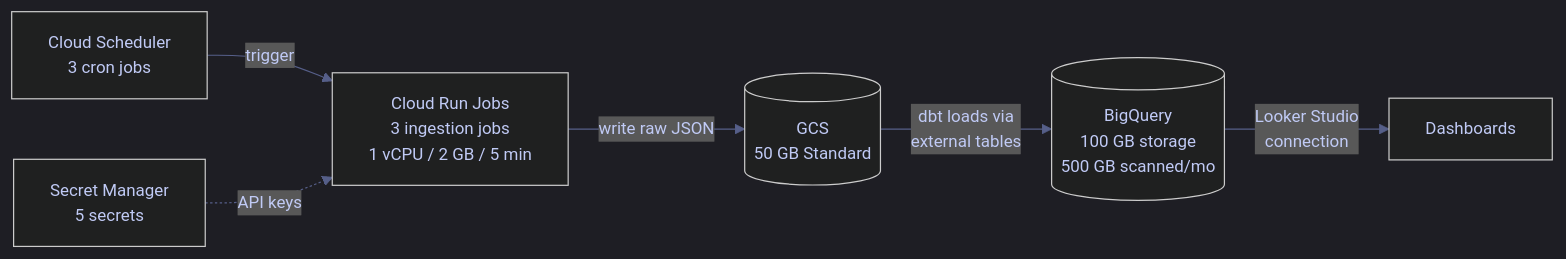
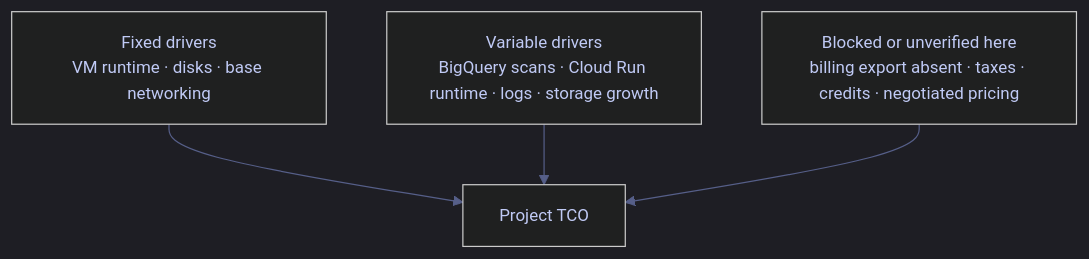
The diagram in content/06-GCP/09-Cost-Management/03-gcp-total-cost-of-ownership.md (alp78/elysium), drawn with Mermaid before and after one commit. The commit also changed other lines of this file and 493 other files, not shown here.

````diff
--- a/content/06-GCP/09-Cost-Management/03-gcp-total-cost-of-ownership.md
+++ b/content/06-GCP/09-Cost-Management/03-gcp-total-cost-of-ownership.md
@@ -197,20 +210,18 @@
 ```mermaid
 %%{init: {'theme': 'dark', 'themeVariables': {
   'primaryColor': '#292e42',
   'primaryTextColor': '#c0caf5',
   'primaryBorderColor': '#565f89',
   'lineColor': '#565f89',
   'secondaryColor': '#1a1b26',
   'tertiaryColor': '#24283b',
   'noteTextColor': '#c0caf5',
   'noteBkgColor': '#292e42',
   'textColor': '#c0caf5',
   'fontSize': '14px'
 }}}%%
-flowchart LR
-    CS[Cloud Scheduler<br>3 cron jobs] -->|trigger| CRJ[Cloud Run Jobs<br>3 ingestion jobs<br>1 vCPU / 2 GB / 5 min]
-    CRJ -->|write raw JSON| GCS[(GCS<br>50 GB Standard)]
-    GCS -->|dbt loads via<br>external tables| BQ[(BigQuery<br>100 GB storage<br>500 GB scanned/mo)]
-    BQ -->|Looker Studio<br>connection| DASH[Dashboards]
-    SM[Secret Manager<br>5 secrets] -.->|API keys| CRJ
+flowchart TD
+    F["Fixed drivers<br>VM runtime · disks · base networking"] --> T["Project TCO"]
+    V["Variable drivers<br>BigQuery scans · Cloud Run runtime · logs · storage growth"] --> T
+    B["Blocked or unverified here<br>billing export absent · taxes · credits · negotiated pricing"] --> T
 ```
````
